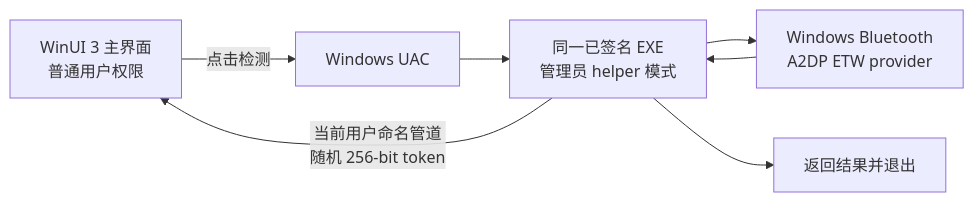
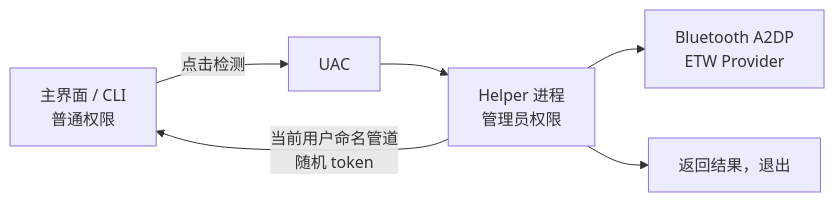
Before and after one commit to A-BenLi06/Bluetooth-Audio-Codec-Viewer-WinUI3: the diagram in README.md, drawn with Mermaid. The commit also changed other lines of this file and 1 other file, not shown here.

````diff
--- a/README.md
+++ b/README.md
@@ -74,9 +61,8 @@
 ```mermaid
 flowchart LR
-    UI["WinUI 3 主界面<br/>普通用户权限"] -->|"点击检测"| UAC["Windows UAC"]
-    UAC --> Helper["同一已签名 EXE<br/>管理员 helper 模式"]
-    Helper --> ETW["Windows Bluetooth<br/>A2DP ETW provider"]
-    ETW --> Helper
-    Helper -->|"当前用户命名管道<br/>随机 256-bit token"| UI
-    Helper --> Exit["返回结果并退出"]
+    UI["主界面 / CLI<br/>普通权限"] -->|"点击检测"| UAC["UAC"]
+    UAC --> Helper["Helper 进程<br/>管理员权限"]
+    Helper --> ETW["Bluetooth A2DP<br/>ETW Provider"]
+    Helper -->|"当前用户命名管道<br/>随机 token"| UI
+    Helper --> Exit["返回结果，退出"]
 ```
````
